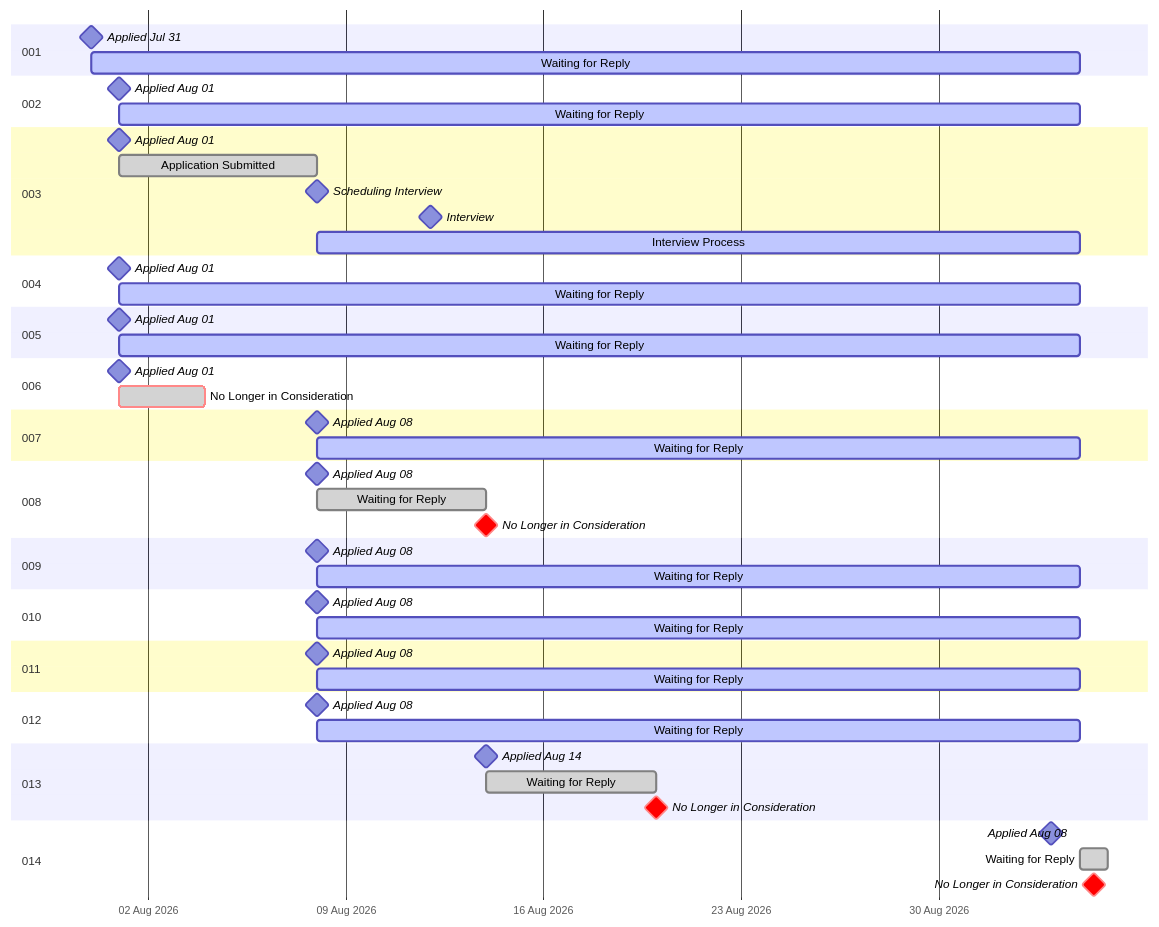
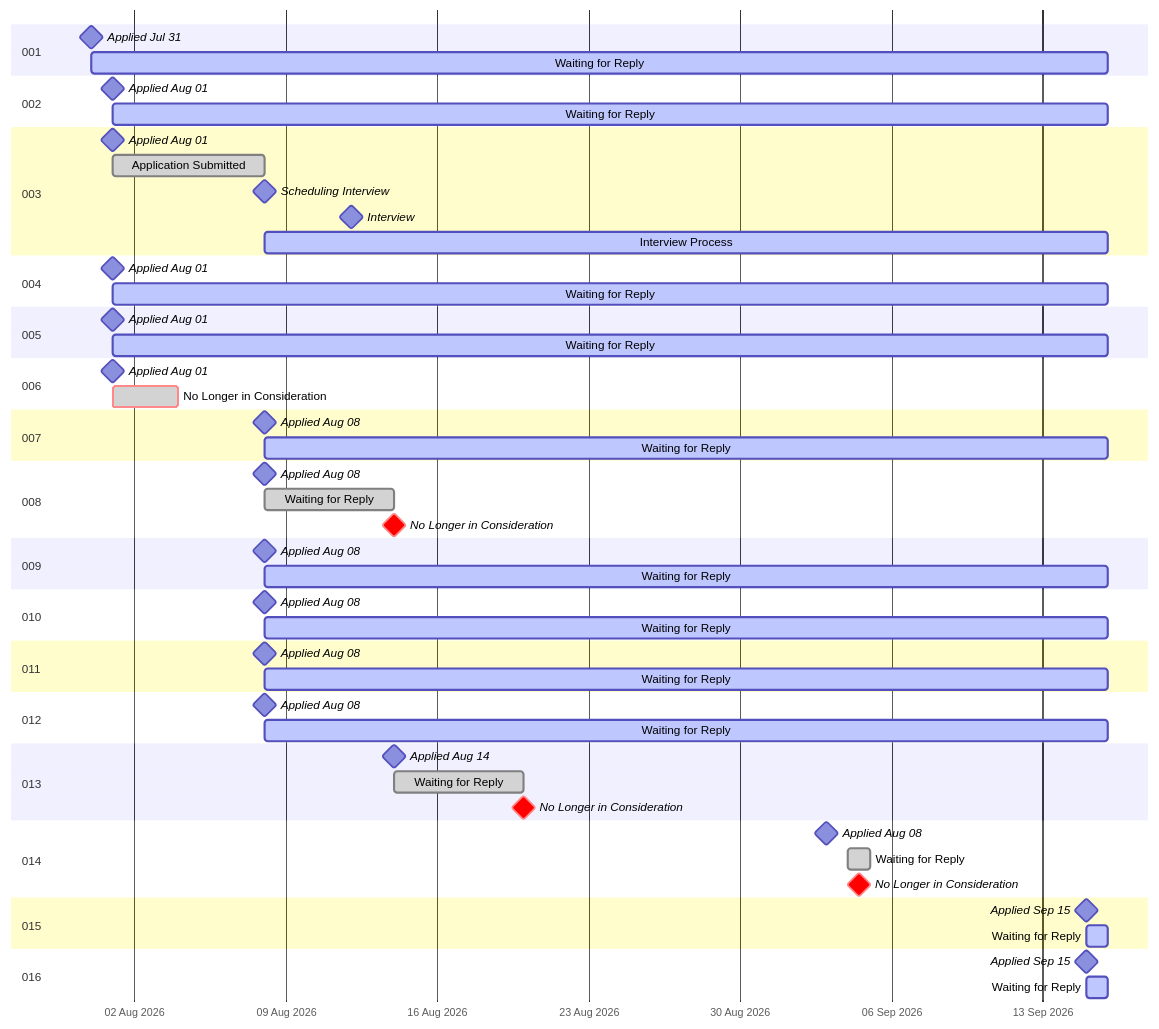
The diagram in README.md (RileyBeenders/rileybeenders.com), drawn with Mermaid before and after one commit. The commit also changed other lines of this file and 49 other files, not shown here.

````diff
--- a/README.md
+++ b/README.md
@@ -12,68 +12,76 @@
 ```mermaid
   gantt
     dateFormat YYYY-MM-DD
     tickInterval 1week
     axisFormat %d %b %Y
 
     section 001
     Applied Jul 31                  :milestone, 2026-07-31, 0d
-    Waiting for Reply               :active, 2026-07-31, 35d
+    Waiting for Reply               :active, 2026-07-31, 47d
 
     section 002
     Applied Aug 01                  :milestone, 2026-08-01, 0d
-    Waiting for Reply               :active, 2026-08-01, 34d
+    Waiting for Reply               :active, 2026-08-01, 46d
 
     section 003
     Applied Aug 01                  :milestone, 2026-08-01, 0d
     Application Submitted           :done, 2026-08-01, 7d
     Scheduling Interview            :milestone, 2026-08-08, 0d
     Interview                       :milestone, 2026-08-12, 0d
-    Interview Process               :active, 2026-08-08, 27d
+    Interview Process               :active, 2026-08-08, 39d
 
     section 004
     Applied Aug 01                  :milestone, 2026-08-01, 0d
-    Waiting for Reply               :active, 2026-08-01, 34d
+    Waiting for Reply               :active, 2026-08-01, 46d
 
     section 005
     Applied Aug 01                  :milestone, 2026-08-01, 0d
-    Waiting for Reply               :active, 2026-08-01, 34d
+    Waiting for Reply               :active, 2026-08-01, 46d
 
     section 006
     Applied Aug 01                  :milestone, 2026-08-01, 0d
     No Longer in Consideration      :crit, done, 2026-08-01, 3d
 
     section 007
     Applied Aug 08                  :milestone, 2026-08-08, 0d
-    Waiting for Reply               :active, 2026-08-08, 27d
+    Waiting for Reply               :active, 2026-08-08, 39d
 
     section 008
     Applied Aug 08                  :milestone, 2026-08-08, 0d
     Waiting for Reply               :done, 2026-08-08, 6d
     No Longer in Consideration      :crit, milestone, 2026-08-14, 0d
 
     section 009
     Applied Aug 08                  :milestone, 2026-08-08, 0d
-    Waiting for Reply               :active, 2026-08-08, 27d
+    Waiting for Reply               :active, 2026-08-08, 39d
 
     section 010
     Applied Aug 08                  :milestone, 2026-08-08, 0d
-    Waiting for Reply               :active, 2026-08-08, 27d
+    Waiting for Reply               :active, 2026-08-08, 39d
 
     section 011
     Applied Aug 08                  :milestone, 2026-08-08, 0d
-    Waiting for Reply               :active, 2026-08-08, 27d
+    Waiting for Reply               :active, 2026-08-08, 39d
 
     section 012
     Applied Aug 08                  :milestone, 2026-08-08, 0d
-    Waiting for Reply               :active, 2026-08-08, 27d
+    Waiting for Reply               :active, 2026-08-08, 39d
 
     section 013
     Applied Aug 14                  :milestone, 2026-08-14, 0d
     Waiting for Reply               :done, 2026-08-14, 6d
     No Longer in Consideration      :crit, milestone, 2026-08-20, 0d
 
     section 014
     Applied Aug 08                  :milestone, 2026-09-03, 0d
     Waiting for Reply               :done, 2026-09-04, 1d
     No Longer in Consideration      :crit, milestone, 2026-09-04, 1d
+
+    section 015
+    Applied Sep 15                  :milestone, 2026-09-15, 0d
+    Waiting for Reply               :active, 2026-09-15, 1d
+
+    section 016
+    Applied Sep 15                  :milestone, 2026-09-15, 0d
+    Waiting for Reply               :active, 2026-09-15, 1d
 ```
````
